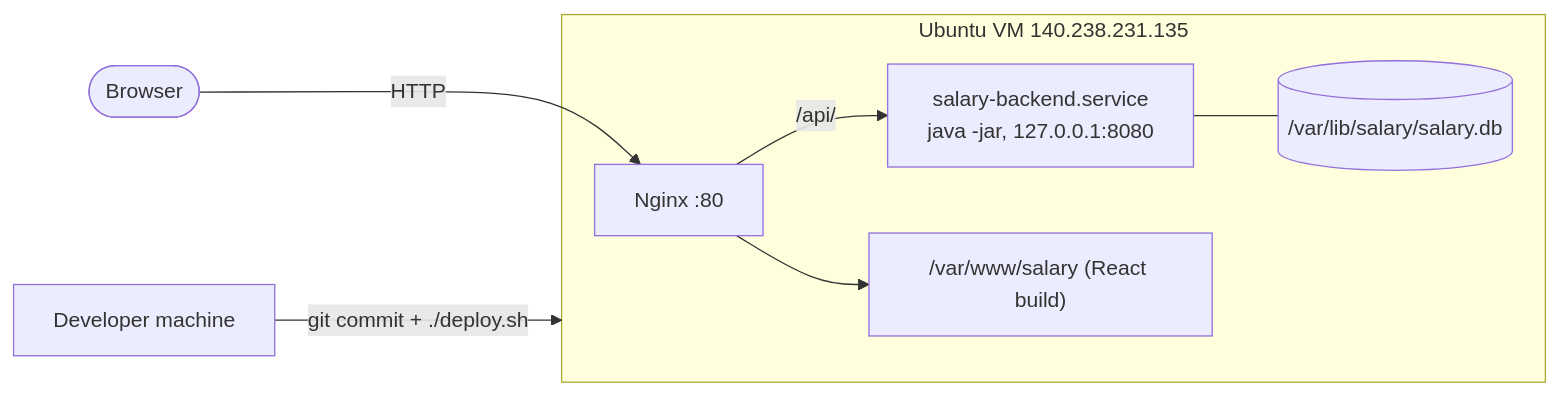
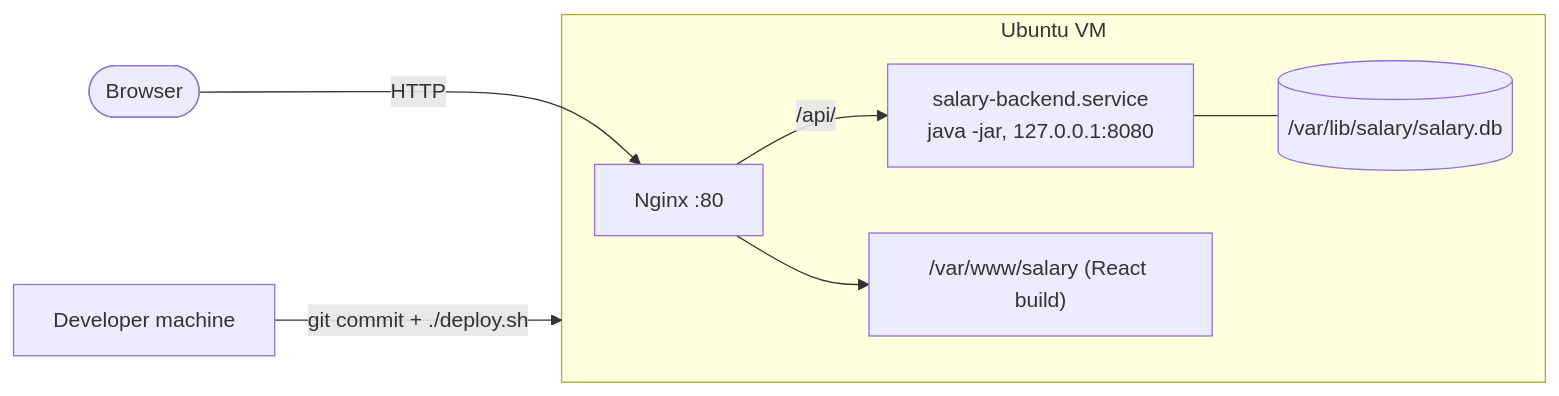
The eighth of 8 diagrams in docs/design.md (KRITGYA2001/salary-backend), drawn with Mermaid before and after one commit. The commit also changed other lines of this file and 3 other files, not shown here.

````diff
--- a/docs/design.md
+++ b/docs/design.md
@@ -288,13 +288,13 @@
 ```mermaid
 flowchart LR
     Dev[Developer machine] -->|"git commit + ./deploy.sh"| VM
-    subgraph VM["Ubuntu VM 140.238.231.135"]
+    subgraph VM["Ubuntu VM"]
       N[Nginx :80]
       SB["salary-backend.service<br/>java -jar, 127.0.0.1:8080"]
       DBF[("/var/lib/salary/salary.db")]
       W["/var/www/salary (React build)"]
       N --> W
       N -->|/api/| SB --- DBF
     end
     U([Browser]) -->|HTTP| N
 ```
````
